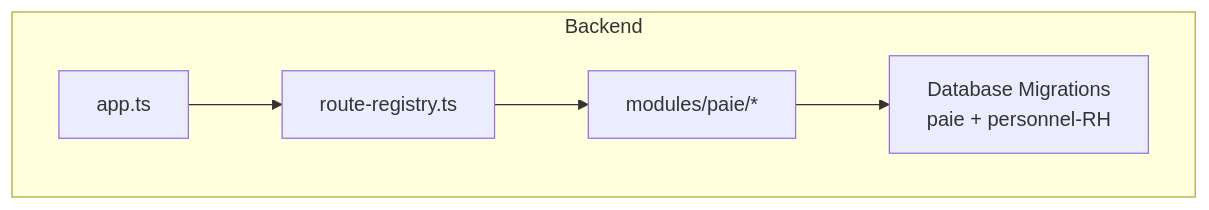
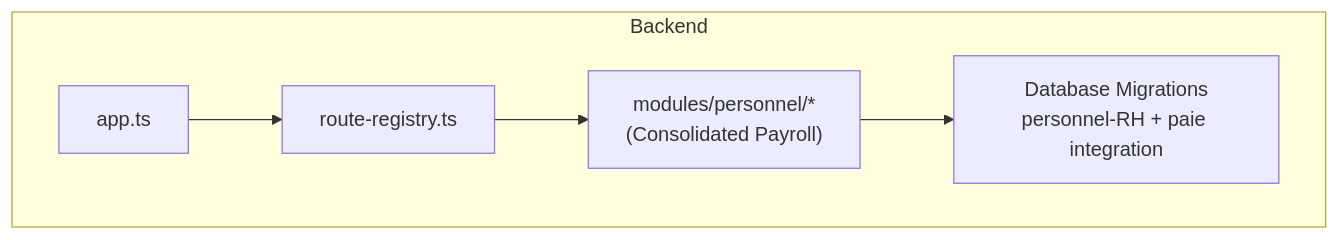
The first of 5 diagrams in .qoder/repowiki/en/content/API Reference/Human Resources API/Payroll Processing API/Payroll Processing API.md (franckylab/eLISAschool), drawn with Mermaid before and after one commit. The commit also changed other lines of this file and 102 other files, not shown here.

````diff
--- a/.qoder/repowiki/en/content/API Reference/Human Resources API/Payroll Processing API/Payroll Processing API.md
+++ b/.qoder/repowiki/en/content/API Reference/Human Resources API/Payroll Processing API/Payroll Processing API.md
@@ -44,8 +54,8 @@
 ```mermaid
 graph TB
 subgraph "Backend"
 A["app.ts"] --> B["route-registry.ts"]
-B --> C["modules/paie/*"]
-C --> D["Database Migrations<br/>paie + personnel-RH"]
+B --> C["modules/personnel/*<br/>(Consolidated Payroll)"]
+C --> D["Database Migrations<br/>personnel-RH + paie integration"]
 end
 ```
````
